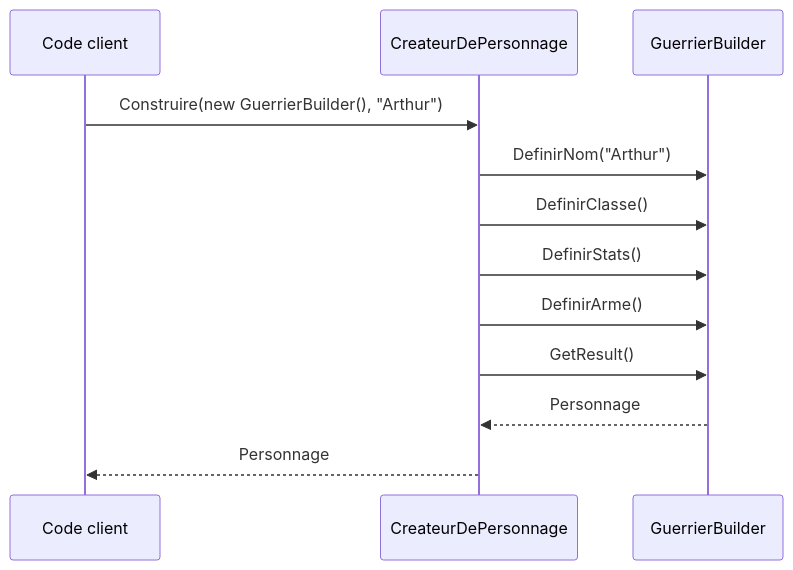
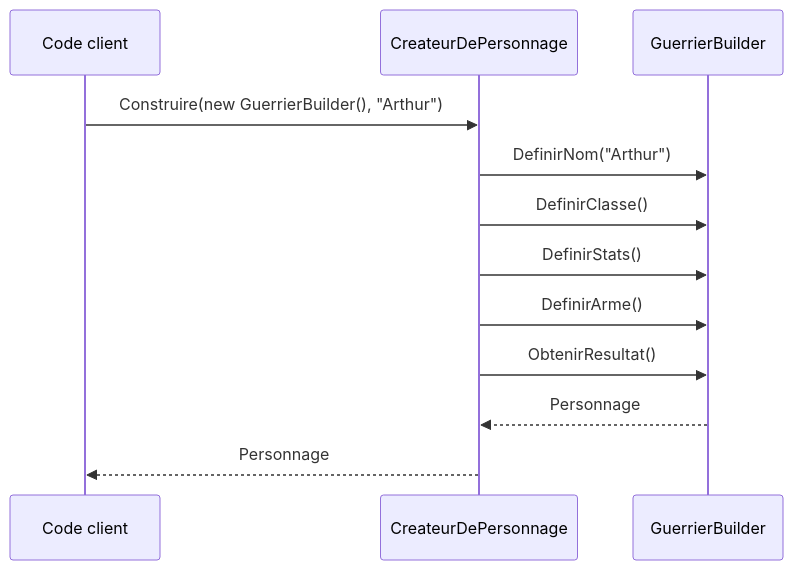
One commit to JulesGilli/object-oriented-programming-course changed the second of 2 diagrams in Chapitre 2/Partie I — Patterns Créationnels/3. Builder.md. Above: the diagram before and after it, drawn with Mermaid. The commit also changed other lines of this file and 24 other files, not shown here.

````diff
--- a/Chapitre 2/Partie I — Patterns Créationnels/3. Builder.md
+++ b/Chapitre 2/Partie I — Patterns Créationnels/3. Builder.md
@@ -176,14 +176,14 @@
 ```mermaid
 sequenceDiagram
     participant Client as Code client
     participant D as CreateurDePersonnage
     participant B as GuerrierBuilder
     Client->>D: Construire(new GuerrierBuilder(), "Arthur")
     D->>B: DefinirNom("Arthur")
     D->>B: DefinirClasse()
     D->>B: DefinirStats()
     D->>B: DefinirArme()
-    D->>B: GetResult()
+    D->>B: ObtenirResultat()
     B-->>D: Personnage
     D-->>Client: Personnage
 ```
````
